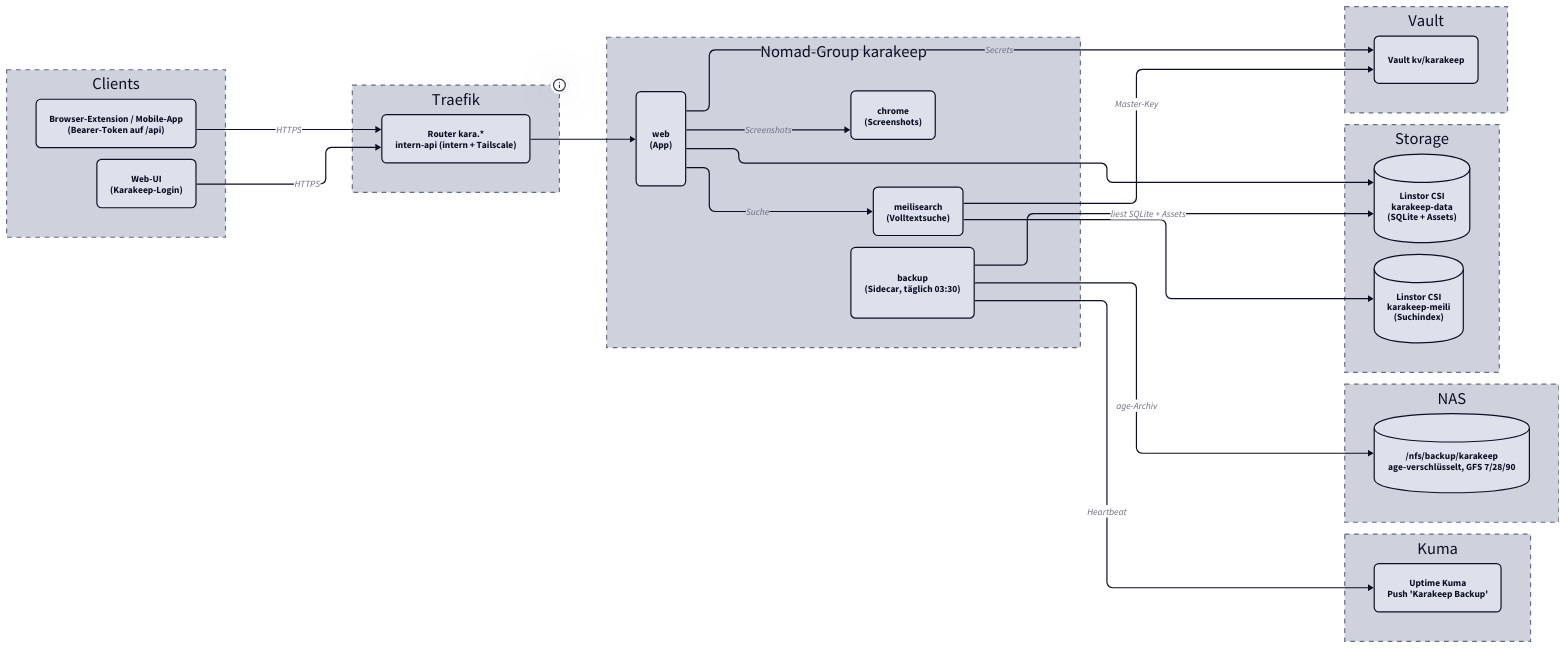
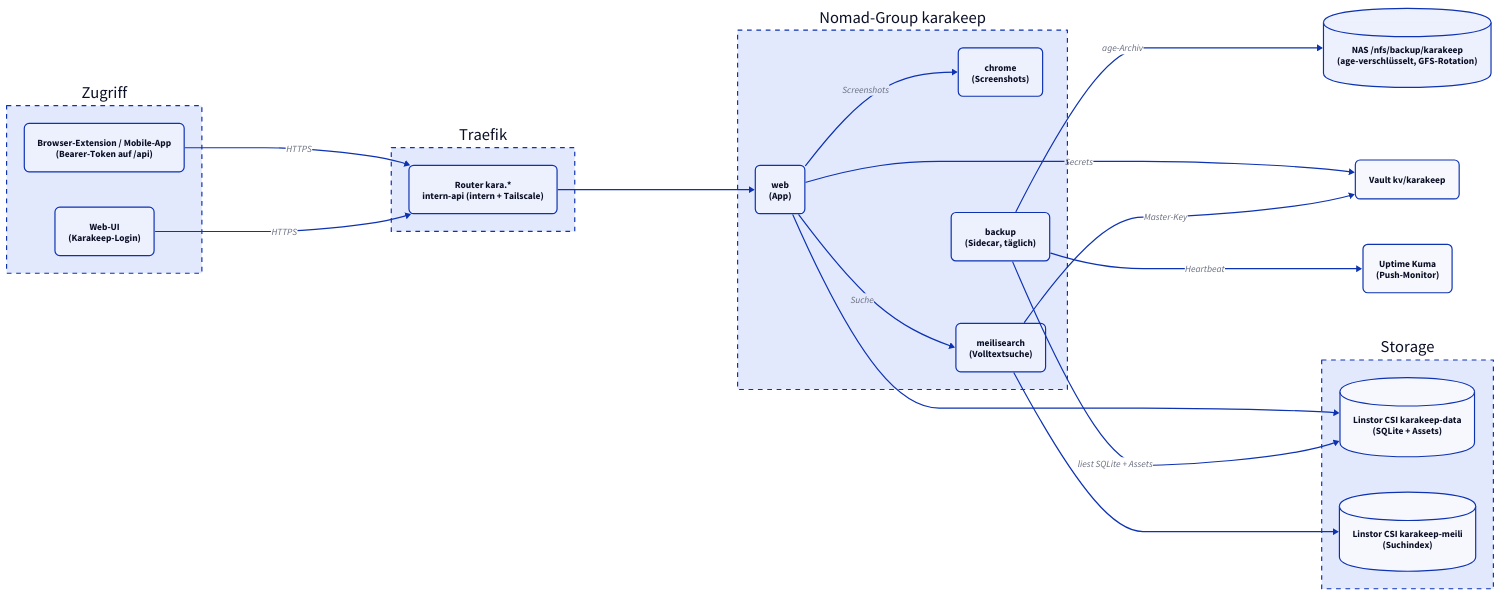
One commit to derever-labs/homelab-wiki changed the diagram in docs/karakeep/index.md. Above: the diagram before and after it, drawn with D2. The commit also changed 11 other files, not shown here.

First line of the commit message:
docs(apps): Diagramme fuer TALA ueberarbeiten (Batch B5) (#101)

````diff
--- a/docs/karakeep/index.md
+++ b/docs/karakeep/index.md
@@ -34,68 +34,62 @@
 ```d2
-vars: {
-  d2-config: {
-    theme-id: 1
-    layout-engine: elk
+classes: {
+  node: {
+    style: {
+      border-radius: 8
+    }
   }
-}
-
-classes: {
-  node: { style: { border-radius: 8 } }
 }
 
 direction: right
 
-Clients: {
+BACKUPDIR: "NAS /nfs/backup/karakeep\n(age-verschlüsselt, GFS-Rotation)" {
+  shape: cylinder
+  class: node
+}
+KV: "Vault kv/karakeep" { class: node }
+MON: "Uptime Kuma\n(Push-Monitor)" { class: node }
+
+Storage: Storage {
   style.stroke-dash: 4
-  EXT: "Browser-Extension / Mobile-App\n(Bearer-Token auf /api)" { class: node }
-  WEB: "Web-UI\n(Karakeep-Login)" { class: node }
-}
-
-Traefik: Traefik {
-  style.stroke-dash: 4
-  tooltip: 10.0.2.20
-  R: "Router kara.*\nintern-api (intern + Tailscale)" { class: node }
+  DATA: "Linstor CSI karakeep-data\n(SQLite + Assets)" {
+    shape: cylinder
+    class: node
+  }
+  MEILIVOL: "Linstor CSI karakeep-meili\n(Suchindex)" {
+    shape: cylinder
+    class: node
+  }
 }
 
 Karakeep: "Nomad-Group karakeep" {
   style.stroke-dash: 4
   WEBT: "web\n(App)" { class: node }
   CHROME: "chrome\n(Screenshots)" { class: node }
   MEILI: "meilisearch\n(Volltextsuche)" { class: node }
-  BACKUP: "backup\n(Sidecar, täglich 03:30)" { class: node }
+  BACKUP: "backup\n(Sidecar, täglich)" { class: node }
 }
 
-Storage: {
+Traefik: Traefik {
   style.stroke-dash: 4
-  DATA: "Linstor CSI\nkarakeep-data\n(SQLite + Assets)" { shape: cylinder; class: node }
-  MEILIVOL: "Linstor CSI\nkarakeep-meili\n(Suchindex)" { shape: cylinder; class: node }
+  R: "Router kara.*\nintern-api (intern + Tailscale)" { class: node }
 }
 
-NAS: NAS {
+Clients: Zugriff {
   style.stroke-dash: 4
-  BACKUPDIR: "/nfs/backup/karakeep\nage-verschlüsselt, GFS 7/28/90" { shape: cylinder; class: node }
-}
-
-Vault: {
-  style.stroke-dash: 4
-  KV: "Vault kv/karakeep" { class: node }
-}
-
-Kuma: {
-  style.stroke-dash: 4
-  MON: "Uptime Kuma\nPush 'Karakeep Backup'" { class: node }
+  EXT: "Browser-Extension / Mobile-App\n(Bearer-Token auf /api)" { class: node }
+  WEB: "Web-UI\n(Karakeep-Login)" { class: node }
 }
 
 Clients.EXT -> Traefik.R: HTTPS
 Clients.WEB -> Traefik.R: HTTPS
 Traefik.R -> Karakeep.WEBT
 Karakeep.WEBT -> Karakeep.CHROME: Screenshots
 Karakeep.WEBT -> Karakeep.MEILI: Suche
 Karakeep.WEBT -> Storage.DATA
 Karakeep.MEILI -> Storage.MEILIVOL
 Karakeep.BACKUP -> Storage.DATA: liest SQLite + Assets
-Karakeep.BACKUP -> NAS.BACKUPDIR: age-Archiv
-Karakeep.BACKUP -> Kuma.MON: Heartbeat
-Karakeep.WEBT -> Vault.KV: Secrets
-Karakeep.MEILI -> Vault.KV: Master-Key
+Karakeep.BACKUP -> BACKUPDIR: age-Archiv
+Karakeep.BACKUP -> MON: Heartbeat
+Karakeep.WEBT -> KV: Secrets
+Karakeep.MEILI -> KV: Master-Key
 ```
````
